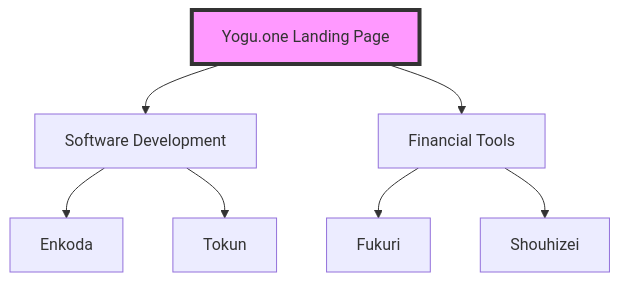
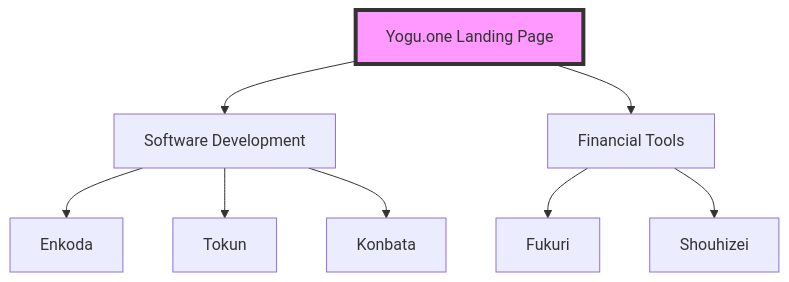
Before and after one commit to hebra/yogu-one: the diagram in README.md, drawn with Mermaid. The commit also changed other lines of this file and 4 other files, not shown here.

````diff
--- a/README.md
+++ b/README.md
@@ -21,13 +22,14 @@
 ```mermaid
 graph TD
     Y[Yogu.one Landing Page] --> SD[Software Development]
     Y --> FT[Financial Tools]
     
     SD --> E[Enkoda]
     SD --> T[Tokun]
+    SD --> K[Konbata]
     
     FT --> F[Fukuri]
     FT --> S[Shouhizei]
     
     style Y fill:#f9f,stroke:#333,stroke-width:4px
 ```
````
